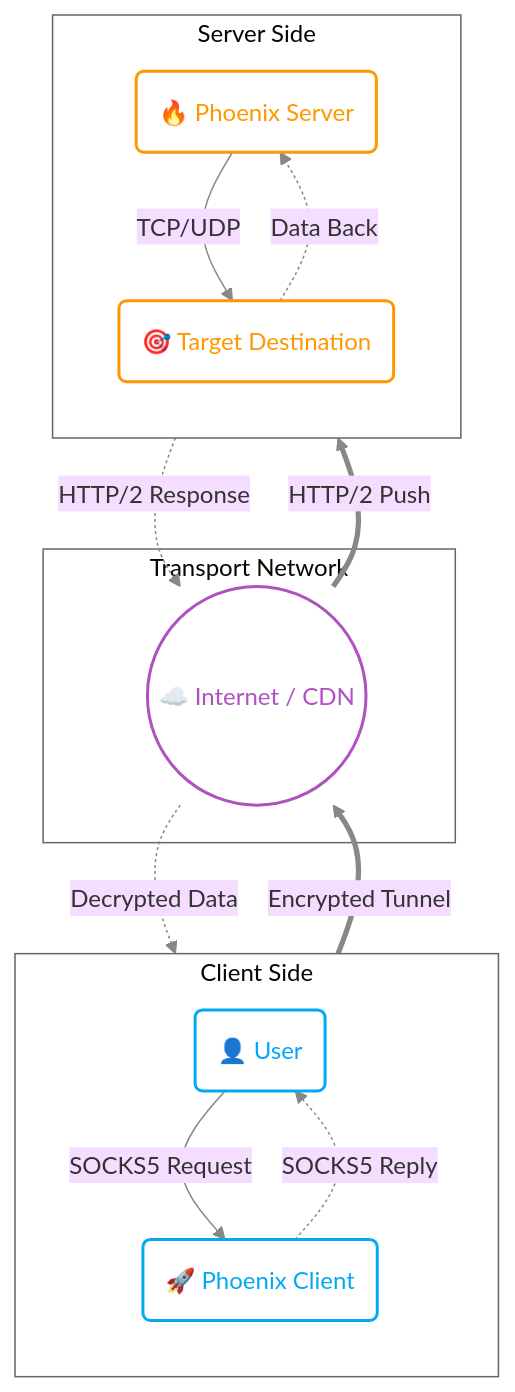
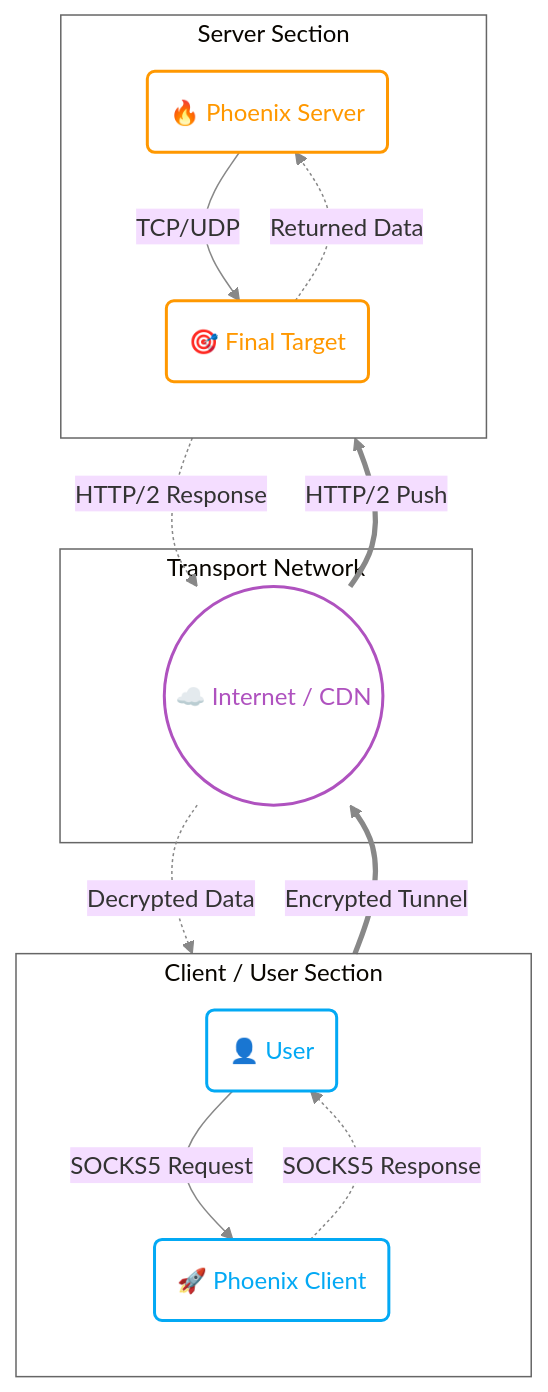
One commit to Selin2005/phoenix changed the diagram in docs/guide/getting-started.md. Above: the diagram before and after it, drawn with Mermaid. The commit also changed other lines of this file and 9 other files, not shown here.

````diff
--- a/docs/guide/getting-started.md
+++ b/docs/guide/getting-started.md
@@ -58,40 +72,40 @@
 ```mermaid
 %%{init: {'theme': 'base', 'themeVariables': { 'fontSize': '16px', 'fontFamily': 'Inter', 'lineColor': '#888888', 'mainBkg': 'transparent', 'clusterBkg': 'none', 'clusterBorder': '#666'}}}%%
 flowchart TD
-    subgraph ClientSide [Client Side]
+    subgraph ClientSide [Client / User Section]
         direction TB
         User(👤 User)
         Client(🚀 Phoenix Client)
     end
 
     subgraph Cloud [Transport Network]
         Internet((☁️ Internet / CDN))
     end
 
-    subgraph ServerSide [Server Side]
+    subgraph ServerSide [Server Section]
         direction TB
         Server(🔥 Phoenix Server)
-        Target(🎯 Target Destination)
+        Target(🎯 Final Target)
     end
 
     %% Request Path
     User -->|SOCKS5 Request| Client
     Client ==>|Encrypted Tunnel| Internet
     Internet ==>|HTTP/2 Push| Server
     Server -->|TCP/UDP| Target
 
     %% Response Path
-    Target -.->|Data Back| Server
+    Target -.->|Returned Data| Server
     Server -.->|HTTP/2 Response| Internet
     Internet -.->|Decrypted Data| Client
-    Client -.->|SOCKS5 Reply| User
+    Client -.->|SOCKS5 Response| User
 
     %% Adaptive Styles
     classDef client fill:none,stroke:#03a9f4,stroke-width:2px,color:#03a9f4;
     classDef server fill:none,stroke:#ff9800,stroke-width:2px,color:#ff9800;
     classDef internet fill:none,stroke:#af52bf,stroke-width:2px,color:#af52bf;
-    
+
     class Client,User client;
     class Server,Target server;
     class Internet internet;
 ```
````
